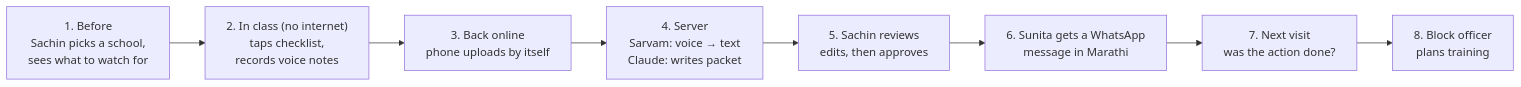
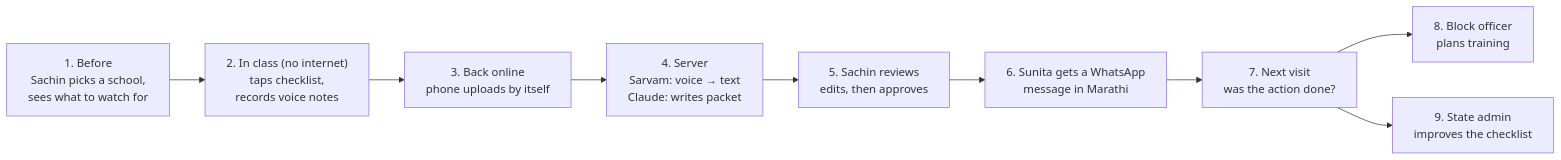
Before and after one commit to Pratham-1604/visit-coach: the first of 3 diagrams in FLOW.md, drawn with Mermaid. The commit also changed other lines of this file and 7 other files, not shown here.

````diff
--- a/FLOW.md
+++ b/FLOW.md
@@ -26,10 +38,11 @@
 ```mermaid
 flowchart LR
     A["1. Before<br/>Sachin picks a school,<br/>sees what to watch for"] --> B["2. In class (no internet)<br/>taps checklist,<br/>records voice notes"]
     B --> C["3. Back online<br/>phone uploads by itself"]
     C --> D["4. Server<br/>Sarvam: voice → text<br/>Claude: writes packet"]
     D --> E["5. Sachin reviews<br/>edits, then approves"]
     E --> F["6. Sunita gets a WhatsApp<br/>message in Marathi"]
     F --> G["7. Next visit<br/>was the action done?"]
     G --> H["8. Block officer<br/>plans training"]
+    G --> I["9. State admin<br/>improves the checklist"]
 ```
````
